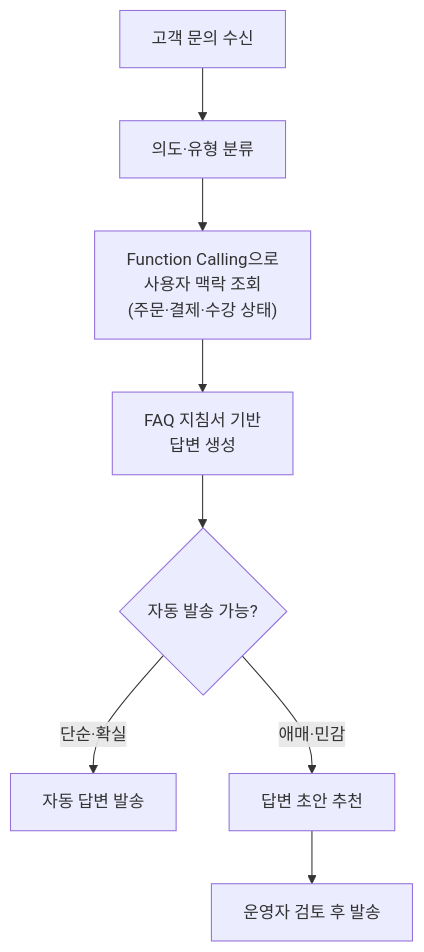
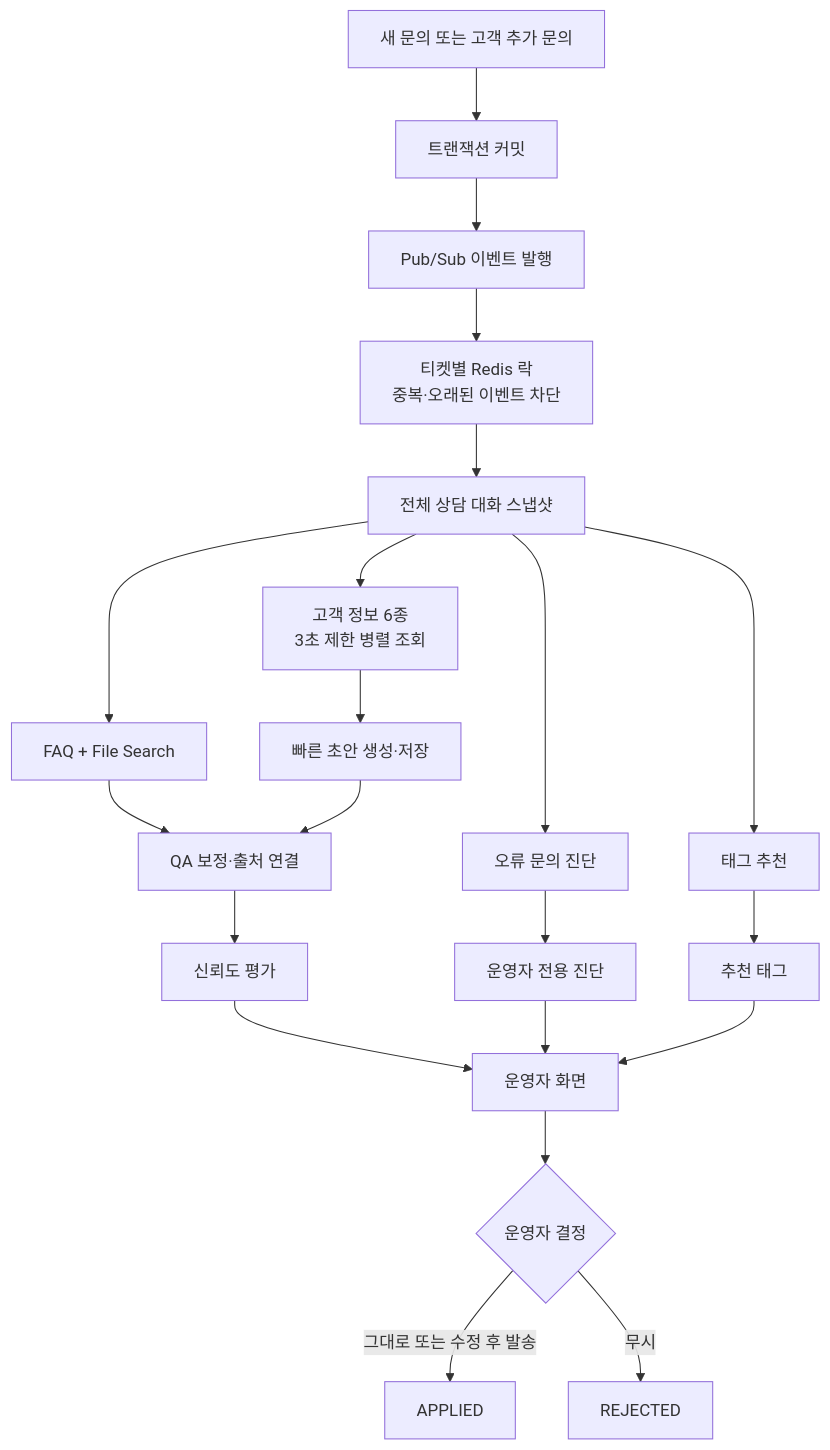
One commit to devy1540/devy1540.github.io changed the diagram in content/posts/ko/spring-ai-cs-automation.md. Above: the diagram before and after it, drawn with Mermaid. The commit also changed other lines of this file and 1 other file, not shown here.

````diff
--- a/content/posts/ko/spring-ai-cs-automation.md
+++ b/content/posts/ko/spring-ai-cs-automation.md
@@ -34,10 +31,23 @@
 ```mermaid
 flowchart TB
-    A["고객 문의 수신"] --> B["의도·유형 분류"]
-    B --> C["Function Calling으로<br/>사용자 맥락 조회<br/>(주문·결제·수강 상태)"]
-    C --> D["FAQ 지침서 기반<br/>답변 생성"]
-    D --> E{"자동 발송 가능?"}
-    E -->|"단순·확실"| F["자동 답변 발송"]
-    E -->|"애매·민감"| G["답변 초안 추천"]
-    G --> H["운영자 검토 후 발송"]
+    A["새 문의 또는 고객 추가 문의"] --> B["트랜잭션 커밋"]
+    B --> C["Pub/Sub 이벤트 발행"]
+    C --> D["티켓별 Redis 락<br/>중복·오래된 이벤트 차단"]
+    D --> E["전체 상담 대화 스냅샷"]
+    E --> F["고객 정보 6종<br/>3초 제한 병렬 조회"]
+    E --> G["FAQ + File Search"]
+    E --> H["오류 문의 진단"]
+    E --> I["태그 추천"]
+    F --> J["빠른 초안 생성·저장"]
+    G --> K["QA 보정·출처 연결"]
+    J --> K
+    K --> L["신뢰도 평가"]
+    H --> M["운영자 전용 진단"]
+    I --> N["추천 태그"]
+    L --> O["운영자 화면"]
+    M --> O
+    N --> O
+    O --> P{"운영자 결정"}
+    P -->|"그대로 또는 수정 후 발송"| Q["APPLIED"]
+    P -->|"무시"| R["REJECTED"]
 ```
````
